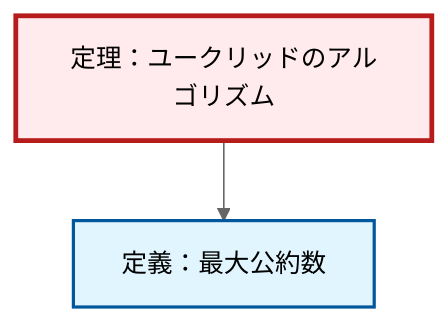
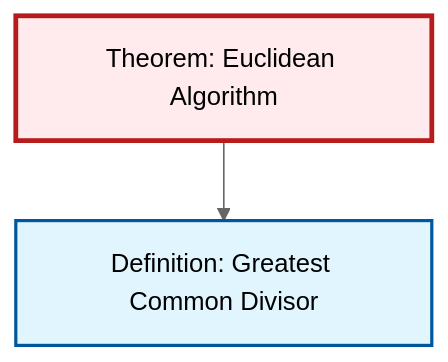
One commit to RK0429/ModernMath changed the second of 2 diagrams in content/ja/number-theory/thm-euclidean-algorithm.qmd. Above: the diagram before and after it, drawn with Mermaid (neutral theme). The commit also changed 203 other files, not shown here.

````diff
--- a/content/ja/number-theory/thm-euclidean-algorithm.qmd
+++ b/content/ja/number-theory/thm-euclidean-algorithm.qmd
@@ -94,15 +94,13 @@
 ```{mermaid}
-%%| fig-cap: "ローカル依存関係グラフ"
+%%| fig-cap: "Local dependency graph"
 graph TD
     classDef definition fill:#e1f5fe,stroke:#01579b,stroke-width:2px
     classDef theorem fill:#f3e5f5,stroke:#4a148c,stroke-width:2px
     classDef axiom fill:#fff3e0,stroke:#e65100,stroke-width:2px
     classDef example fill:#e8f5e9,stroke:#1b5e20,stroke-width:2px
     classDef current fill:#ffebee,stroke:#b71c1c,stroke-width:3px
-    thm-euclidean-algorithm["定理：ユークリッドのアルゴリズム"]:::theorem
-    def-gcd["定義：最大公約数"]:::definition
+    thm-euclidean-algorithm["Theorem: Euclidean Algorithm"]:::theorem
+    def-gcd["Definition: Greatest Common Divisor"]:::definition
     thm-euclidean-algorithm --> def-gcd
     class thm-euclidean-algorithm current
-
-    click def-gcd "def-gcd.html" "Go to 定義：最大公約数"
 ```
````
